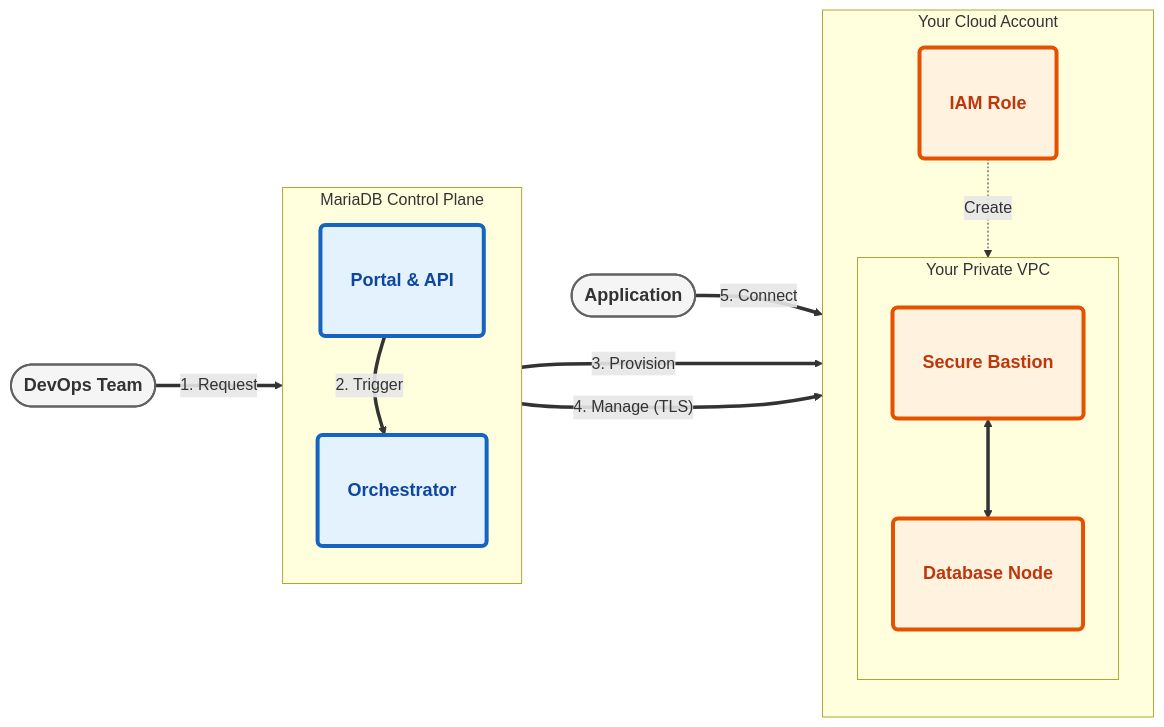
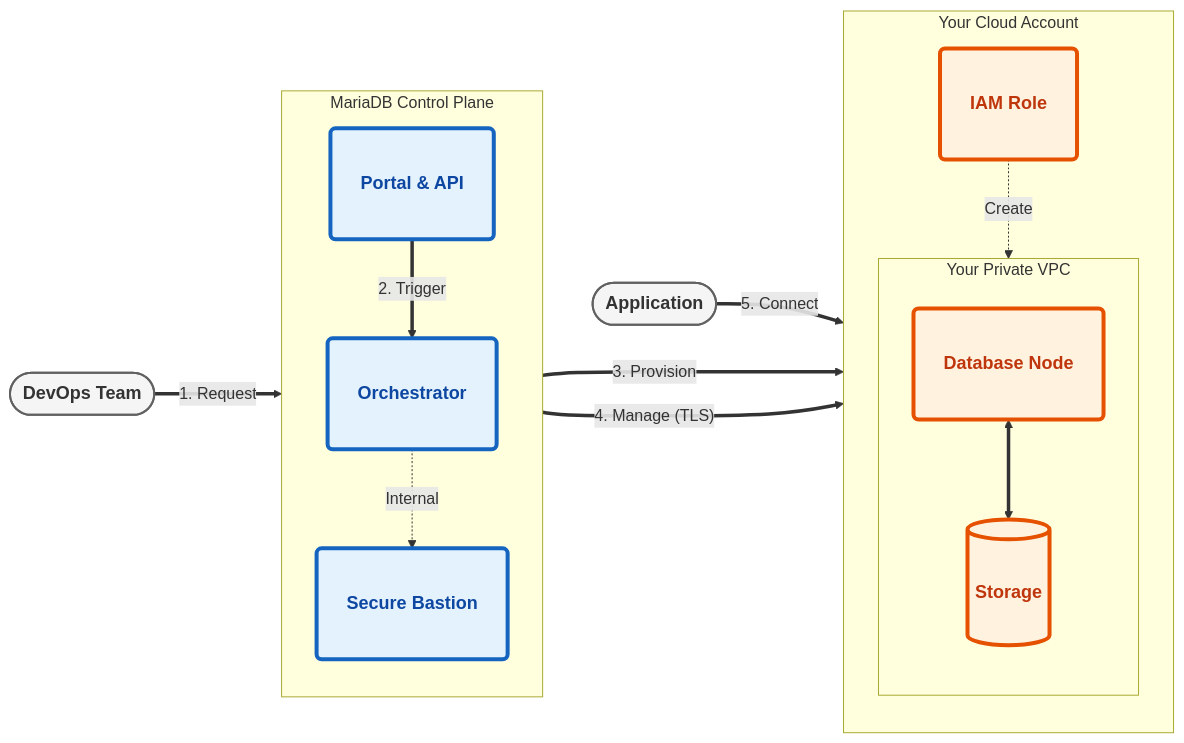
Before and after one commit to mariadb-corporation/mariadb-docs: the first of 3 diagrams in mariadb-cloud/quickstart/bring-your-own-account-byoa.md, drawn with Mermaid.

Commit message:
GitBook: No commit message

````diff
--- a/mariadb-cloud/quickstart/bring-your-own-account-byoa.md
+++ b/mariadb-cloud/quickstart/bring-your-own-account-byoa.md
@@ -7,46 +7,46 @@
 ```mermaid
 flowchart LR
     %% BIG BLOCK STYLE - Aiven-like Visibility
     %% ---------------------------------------------------------
     classDef control fill:#e3f2fd,stroke:#1565c0,stroke-width:4px,color:#0d47a1,font-size:18px,font-weight:bold,rx:5,ry:5,min-width:180px,padding:15px;
     classDef data fill:#fff3e0,stroke:#e65100,stroke-width:4px,color:#bf360c,font-size:18px,font-weight:bold,rx:5,ry:5,min-width:180px,padding:15px;
     classDef external fill:#f5f5f5,stroke:#616161,stroke-width:2px,font-size:18px,font-weight:bold,min-width:150px;
 
     %% Actors
     User([DevOps Team]):::external
     App([Application]):::external
 
     %% 1. CONTROL PLANE (Left)
     subgraph MariaDB_Cloud ["MariaDB Control Plane"]
         direction TB
         Portal["Portal & API"]:::control
         Orch["Orchestrator"]:::control
+        Bastion["Secure Bastion"]:::control
     end
 
     %% 2. DATA PLANE (Right)
     subgraph Customer_Cloud ["Your Cloud Account"]
         direction TB
         IAM["IAM Role"]:::data
         
         subgraph VPC ["Your Private VPC"]
             direction TB
-            Bastion["Secure Bastion"]:::data
             DB["Database Node"]:::data
+            Storage[("Storage")]:::data
         end
     end
 
     %% CONNECTIONS (Thick & Clear)
     User ==>|"1. Request"| Portal
     Portal ==>|"2. Trigger"| Orch
     
     Orch ==>|"3. Provision"| IAM
     IAM -.->|"Create"| VPC
     
-    Orch ===>|"4. Manage (TLS)"| Bastion
-    Bastion <==> DB
+    %% CORRECTED SECURE BASTION FLOW
+    Orch -.->|"Internal"| Bastion
+    Bastion ===>|"4. Manage (TLS)"| DB
 
     App ==>|"5. Connect"| DB
-    
-    %% Spacer to force width
-    Portal ~~~ Orch
+    DB <==> Storage
 ```
````
